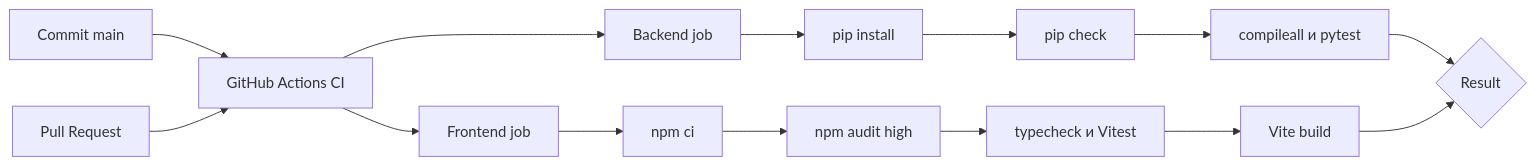
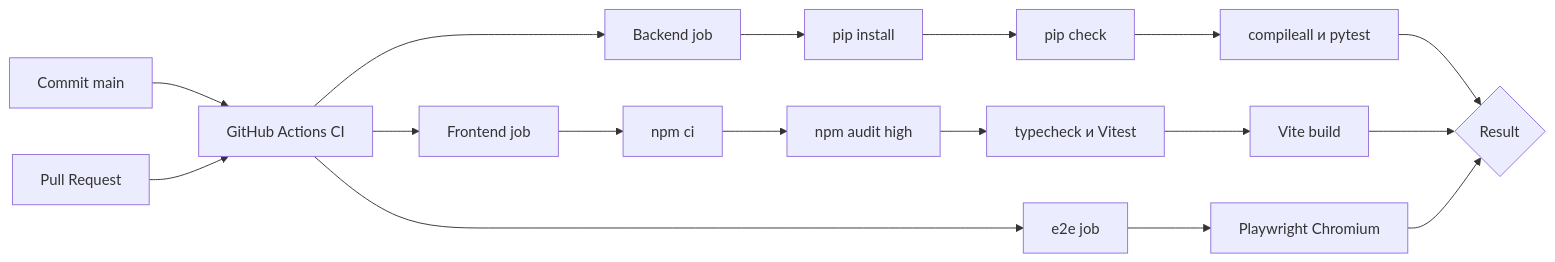
The diagram in docs/ci-cd.md (dstrelnikova/finpulse), drawn with Mermaid before and after one commit. The commit also changed other lines of this file and 10 other files, not shown here.

````diff
--- a/docs/ci-cd.md
+++ b/docs/ci-cd.md
@@ -27,16 +28,19 @@
 ```mermaid
 flowchart LR
     C[Commit main] --> CI[GitHub Actions CI]
     PR[Pull Request] --> CI
     CI --> B[Backend job]
     CI --> F[Frontend job]
+    CI --> E[e2e job]
     B --> BI[pip install]
     BI --> BC[pip check]
     BC --> BT[compileall и pytest]
     F --> FI[npm ci]
     FI --> FA[npm audit high]
     FA --> FT[typecheck и Vitest]
     FT --> FB[Vite build]
+    E --> EP[Playwright Chromium]
     BT --> R{Result}
     FB --> R
+    EP --> R
 ```
````
